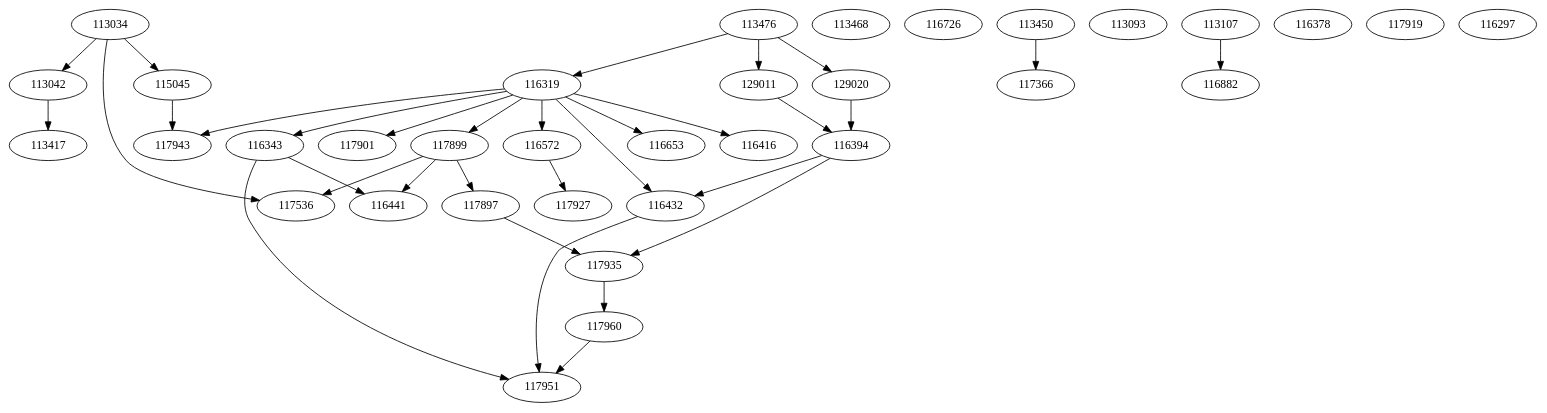
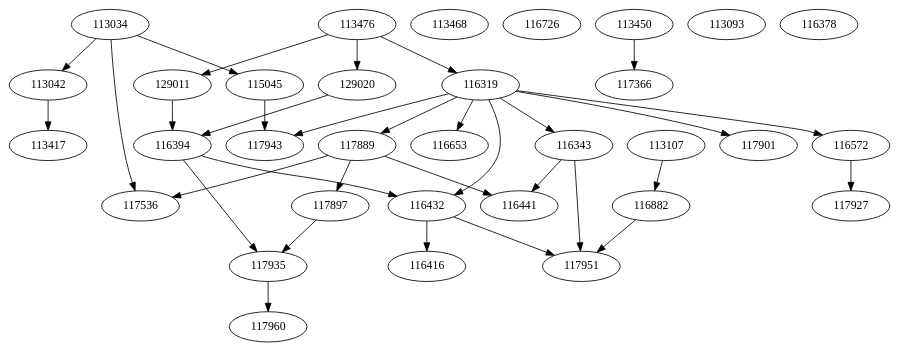
Before and after one commit to alexandrekaihara/Trabalho-1-TAG: the diagram in Trabalho 2 TAG/Version 1/grafo.gv, drawn with Graphviz. The commit also changed 6 other files, not shown here.

```diff
--- a/Trabalho 2 TAG/Version 1/grafo.gv
+++ b/Trabalho 2 TAG/Version 1/grafo.gv
@@ -1,40 +1,38 @@
 digraph G {
 113034 -> 113042;
 113034 -> 115045;
 113034 -> 117536;
 113468;
 113476 -> 129011;
 113476 -> 129020;
 113476 -> 116319;
 116726;
 113450 -> 117366;
 129011 -> 116394;
 129020 -> 116394;
 113042 -> 113417;
 113093;
-116319 -> 117899;
+116319 -> 117889;
 116319 -> 117901;
 116319 -> 116572;
 116319 -> 116343;
 116319 -> 116653;
 116319 -> 116432;
-116319 -> 116416;
 116319 -> 117943;
 116394 -> 117935;
 116394 -> 116432;
-117899 -> 117897;
-117899 -> 116441;
-117899 -> 117536;
+117889 -> 117897;
+117889 -> 116441;
+117889 -> 117536;
 113107 -> 116882;
 115045 -> 117943;
 117897 -> 117935;
 116572 -> 117927;
 116343 -> 116441;
 116343 -> 117951;
 117935 -> 117960;
 116378;
+116432 -> 116416;
 116432 -> 117951;
-117960 -> 117951;
-117919;
-116297;
+116882 -> 117951;
 }
```
